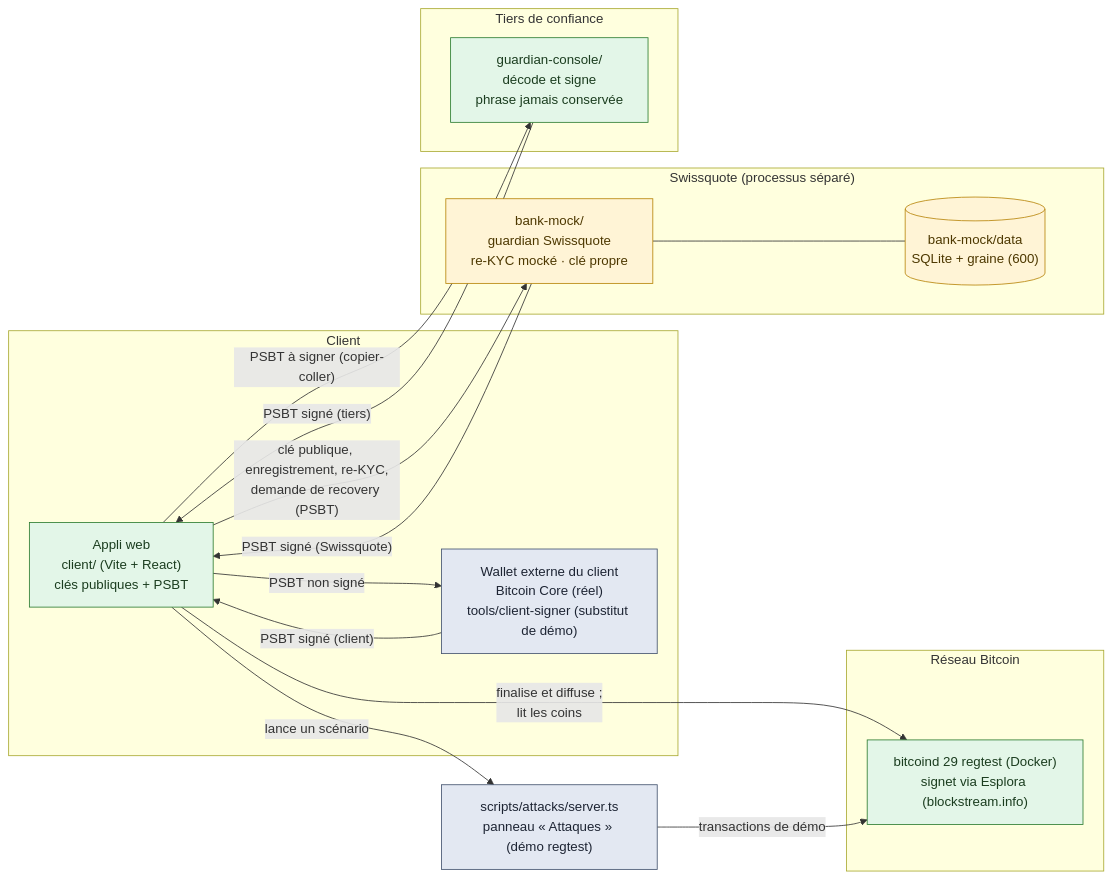
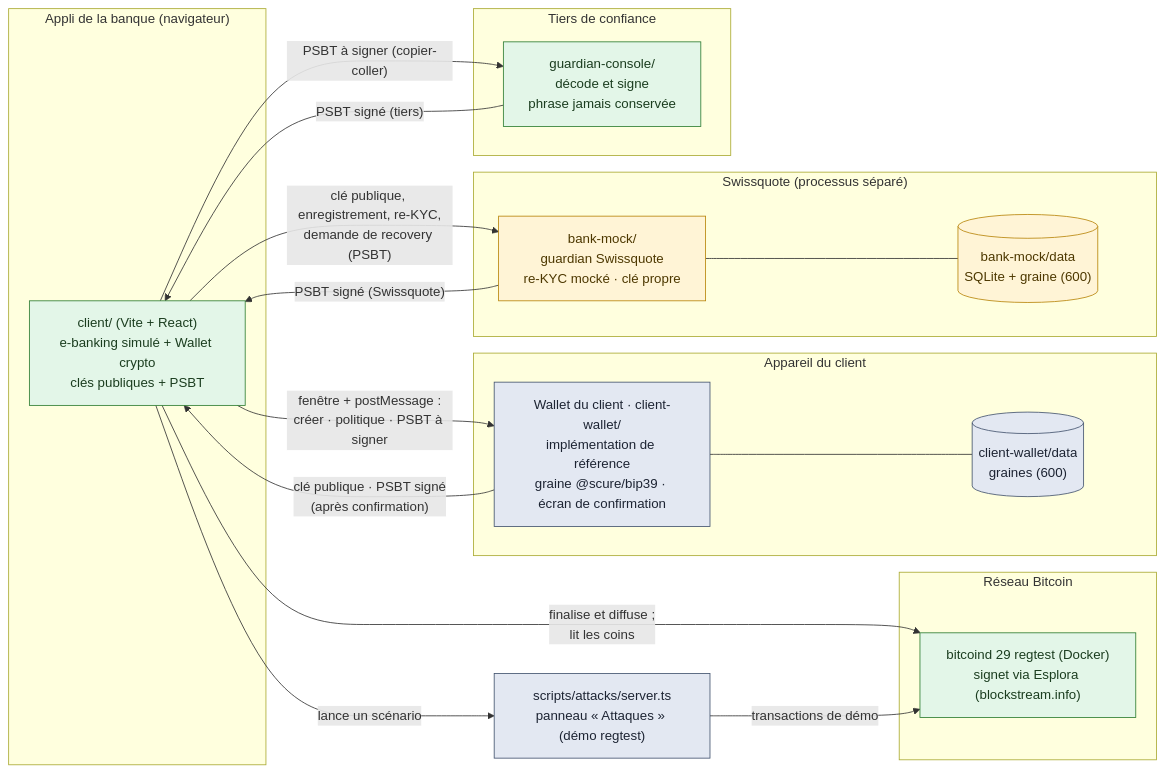
One commit to bilfrux/Swissquote-Wallet changed the first of 2 diagrams in docs/architecture.md. Above: the diagram before and after it, drawn with Mermaid. The commit also changed other lines of this file and 50 other files, not shown here.

First line of the commit message:
Étape 6 : interface e-banking et Wallet du client (implémentation de référence)

````diff
--- a/docs/architecture.md
+++ b/docs/architecture.md
@@ -8,37 +8,42 @@
 ```mermaid
 flowchart LR
   classDef reel fill:#e3f6e8,stroke:#2e7d32,color:#1b3d1f
   classDef mock fill:#fff4d6,stroke:#b8860b,color:#4d3800
   classDef demo fill:#e3e8f2,stroke:#44546f,color:#1d2433
 
-  subgraph Client["Client"]
-    APP["Appli web<br/>client/ (Vite + React)<br/>clés publiques + PSBT"]:::reel
-    WALLET["Wallet externe du client<br/>Bitcoin Core (réel)<br/>tools/client-signer (substitut de démo)"]:::demo
+  subgraph Banque["Appli de la banque (navigateur)"]
+    APP["client/ (Vite + React)<br/>e-banking simulé + Wallet crypto<br/>clés publiques + PSBT"]:::reel
+  end
+
+  subgraph Appareil["Appareil du client"]
+    WALLET["Wallet du client · client-wallet/<br/>implémentation de référence<br/>graine @scure/bip39 · écran de confirmation"]:::demo
+    WDB[("client-wallet/data<br/>graines (600)")]:::demo
   end
 
   subgraph SQ["Swissquote (processus séparé)"]
     BANK["bank-mock/<br/>guardian Swissquote<br/>re-KYC mocké · clé propre"]:::mock
     DB[("bank-mock/data<br/>SQLite + graine (600)")]:::mock
   end
 
   subgraph TIERS["Tiers de confiance"]
     CONSOLE["guardian-console/<br/>décode et signe<br/>phrase jamais conservée"]:::reel
   end
 
   subgraph CHAIN["Réseau Bitcoin"]
     NODE["bitcoind 29 regtest (Docker)<br/>signet via Esplora (blockstream.info)"]:::reel
   end
 
   ATT["scripts/attacks/server.ts<br/>panneau « Attaques » (démo regtest)"]:::demo
 
-  APP -- "PSBT non signé" --> WALLET
-  WALLET -- "PSBT signé (client)" --> APP
+  APP -- "fenêtre + postMessage :<br/>créer · politique · PSBT à signer" --> WALLET
+  WALLET -- "clé publique · PSBT signé<br/>(après confirmation)" --> APP
+  WALLET --- WDB
   APP -- "clé publique, enregistrement, re-KYC,<br/>demande de recovery (PSBT)" --> BANK
   BANK --- DB
   BANK -- "PSBT signé (Swissquote)" --> APP
   APP -- "PSBT à signer (copier-coller)" --> CONSOLE
   CONSOLE -- "PSBT signé (tiers)" --> APP
   APP -- "finalise et diffuse ;<br/>lit les coins" --> NODE
   APP -- "lance un scénario" --> ATT
   ATT -- "transactions de démo" --> NODE
 ```
````
